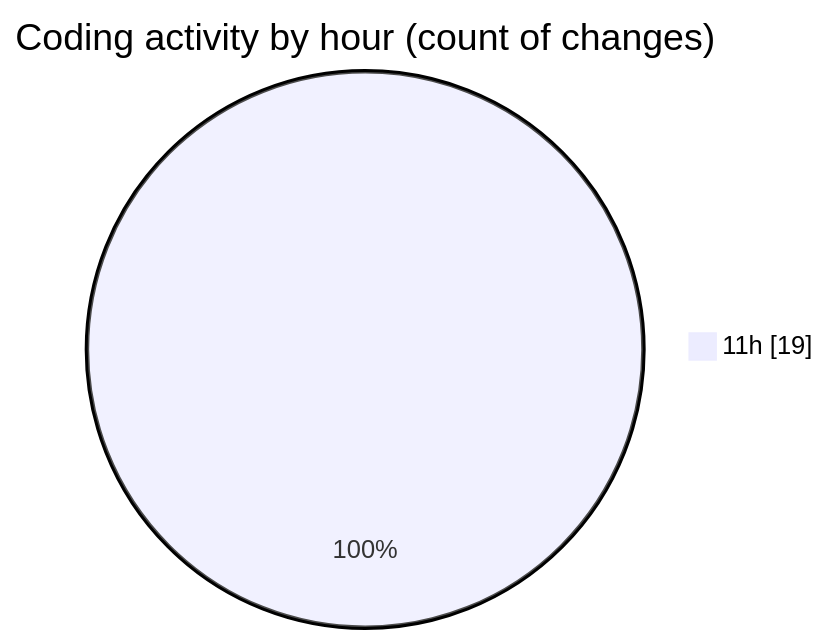
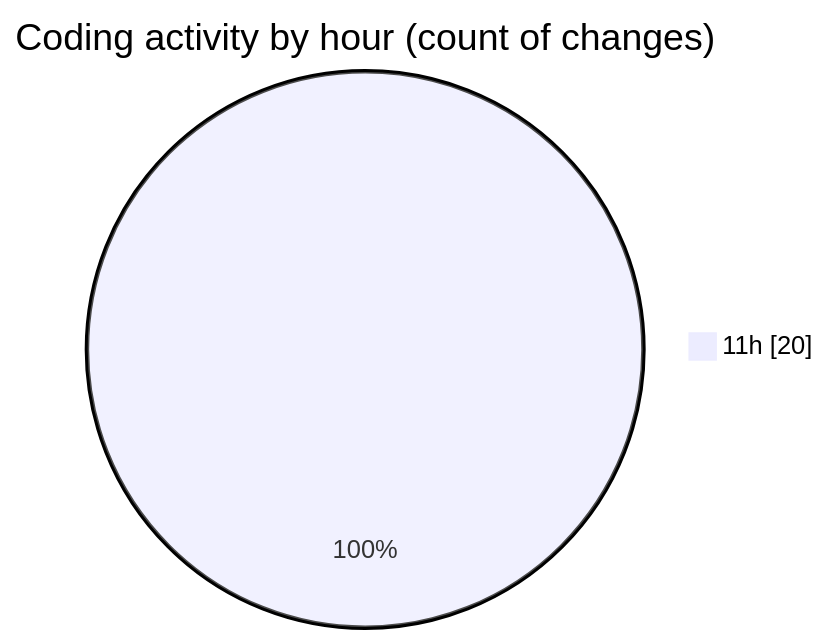
Before and after one commit to vahidmafi/code-tracking: the second of 2 diagrams in 2025-07-21/shop/README.md, drawn with Mermaid. The commit also changed other lines of this file and 1 other file, not shown here.

````diff
--- a/2025-07-21/shop/README.md
+++ b/2025-07-21/shop/README.md
@@ -30,5 +30,5 @@
 ```mermaid
 pie showData
 title Coding activity by hour (count of changes)
-"11h" : 19
+"11h" : 20
 ```
````
